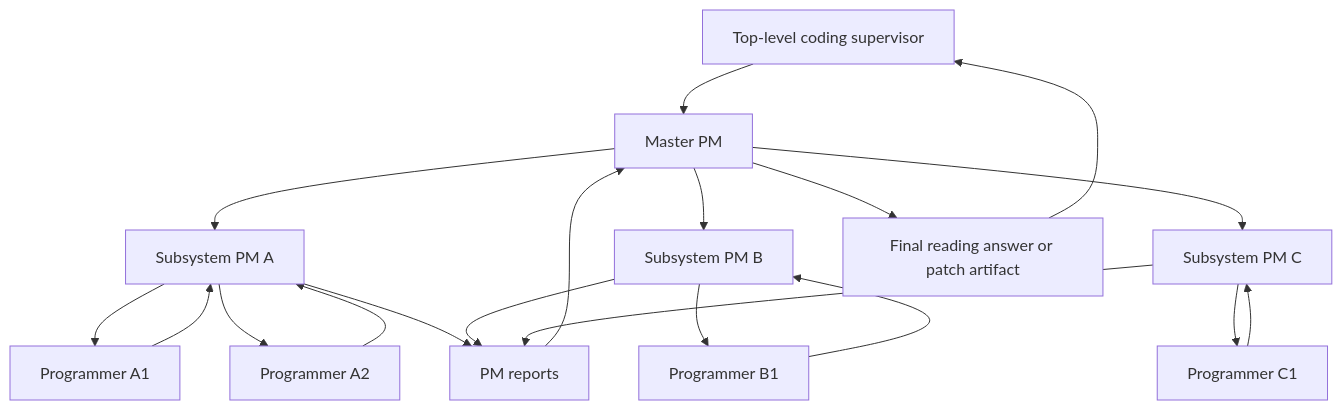
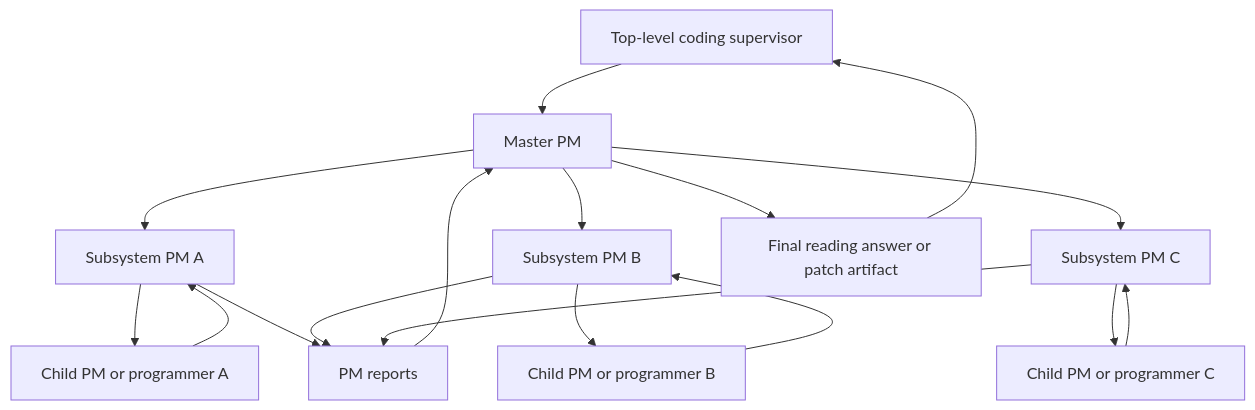
The third of 4 diagrams in development_plans/reference/designs/coding_agent_architecture.md (eamars/KazusaAIChatbot), drawn with Mermaid before and after one commit. The commit also changed other lines of this file and 16 other files, not shown here.

````diff
--- a/development_plans/reference/designs/coding_agent_architecture.md
+++ b/development_plans/reference/designs/coding_agent_architecture.md
@@ -463,33 +477,30 @@
 ```mermaid
 flowchart TD
     SUP[Top-level coding supervisor]
     MPM[Master PM]
     PMA[Subsystem PM A]
     PMB[Subsystem PM B]
     PMC[Subsystem PM C]
-    PA1[Programmer A1]
-    PA2[Programmer A2]
-    PB1[Programmer B1]
-    PC1[Programmer C1]
+    CA[Child PM or programmer A]
+    CB[Child PM or programmer B]
+    CC[Child PM or programmer C]
     RS[PM reports]
     OUT[Final reading answer or patch artifact]
 
     SUP --> MPM
     MPM --> PMA
     MPM --> PMB
     MPM --> PMC
-    PMA --> PA1
-    PMA --> PA2
-    PMB --> PB1
-    PMC --> PC1
-    PA1 --> PMA
-    PA2 --> PMA
-    PB1 --> PMB
-    PC1 --> PMC
+    PMA --> CA
+    PMB --> CB
+    PMC --> CC
+    CA --> PMA
+    CB --> PMB
+    CC --> PMC
     PMA --> RS
     PMB --> RS
     PMC --> RS
     RS --> MPM
     MPM --> OUT
     OUT --> SUP
 ```
````
